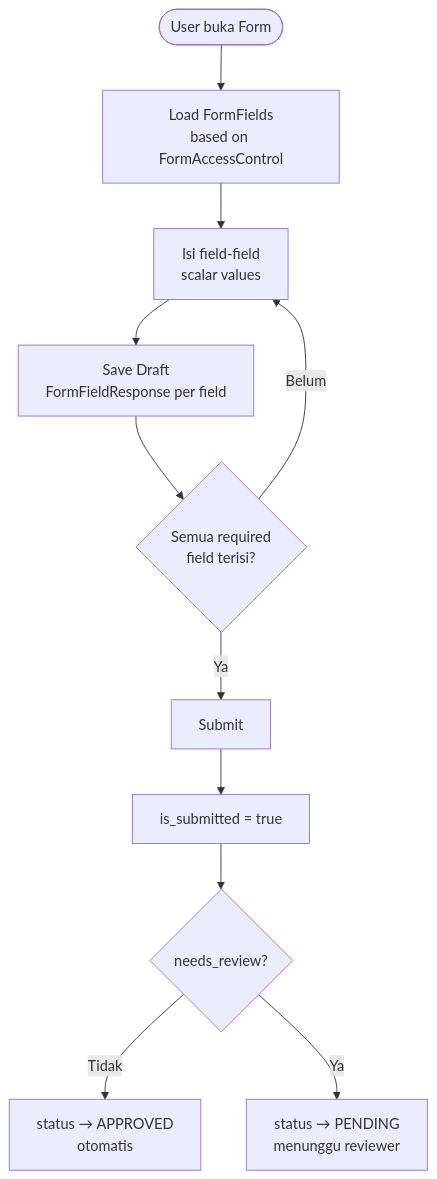
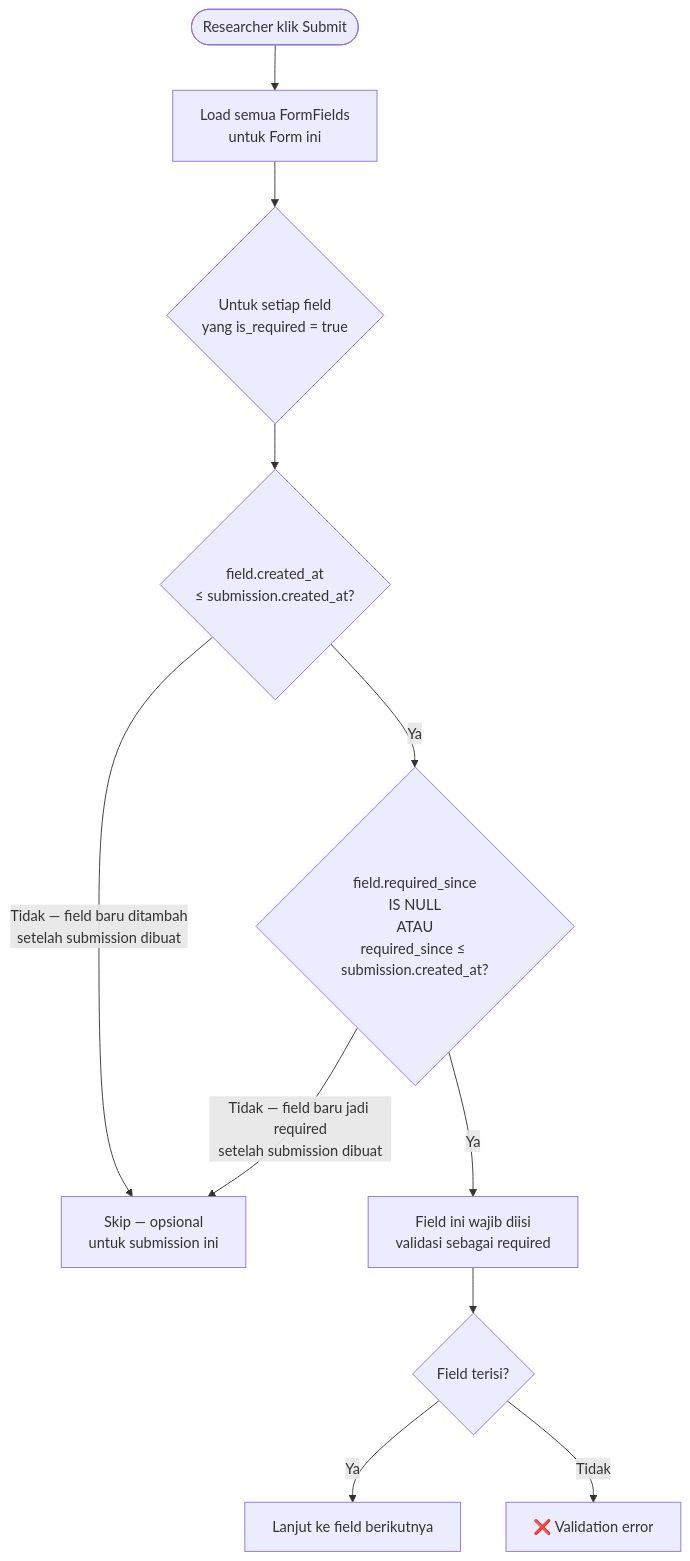
The second of 5 diagrams in docs/requirement-analysis/ddd/generic/01_form_engine.md (nas11ai/sim-kerjasama-itk), drawn with Mermaid before and after one commit. The commit also changed other lines of this file and 12 other files, not shown here.

````diff
--- a/docs/requirement-analysis/ddd/generic/01_form_engine.md
+++ b/docs/requirement-analysis/ddd/generic/01_form_engine.md
@@ -52,13 +35,13 @@
 ```mermaid
 flowchart TD
-    START([User buka Form]) --> A[Load FormFields<br/>based on FormAccessControl]
-    A --> B[Isi field-field<br/>scalar values]
-    B --> C[Save Draft<br/>FormFieldResponse per field]
-    C --> D{Semua required<br/>field terisi?}
-    D -->|Belum| B
-    D -->|Ya| E[Submit]
-    E --> F[is_submitted = true]
-    F --> G{needs_review?}
-    G -->|Tidak| H[status → APPROVED<br/>otomatis]
-    G -->|Ya| I[status → PENDING<br/>menunggu reviewer]
+    START([Researcher klik Submit]) --> A[Load semua FormFields<br/>untuk Form ini]
+    A --> B{Untuk setiap field<br/>yang is_required = true}
+    B --> C{field.created_at<br/>≤ submission.created_at?}
+    C -->|Tidak — field baru ditambah<br/>setelah submission dibuat| SKIP[Skip — opsional<br/>untuk submission ini]
+    C -->|Ya| D{field.required_since<br/>IS NULL<br/>ATAU<br/>required_since ≤ submission.created_at?}
+    D -->|Tidak — field baru jadi required<br/>setelah submission dibuat| SKIP
+    D -->|Ya| ENFORCE[Field ini wajib diisi<br/>validasi sebagai required]
+    ENFORCE --> E{Field terisi?}
+    E -->|Ya| NEXT[Lanjut ke field berikutnya]
+    E -->|Tidak| ERR[❌ Validation error]
 ```
````
